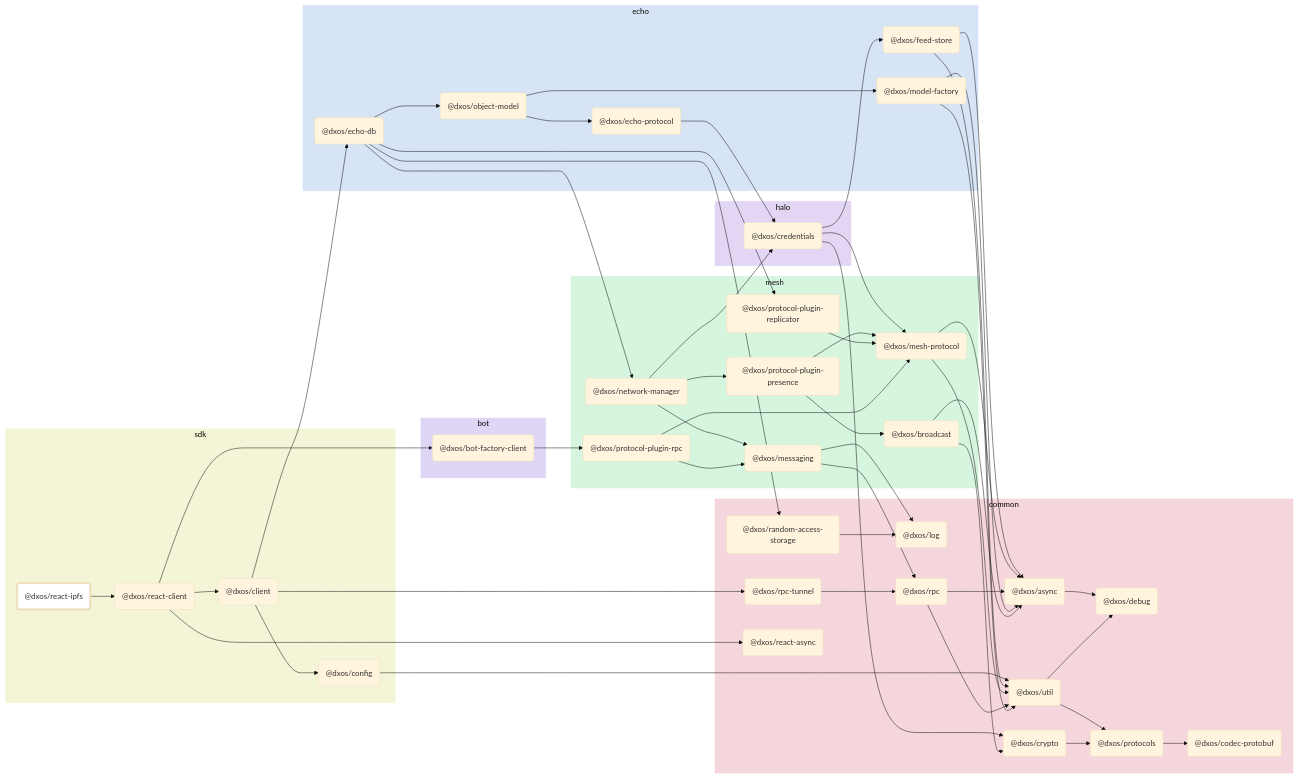
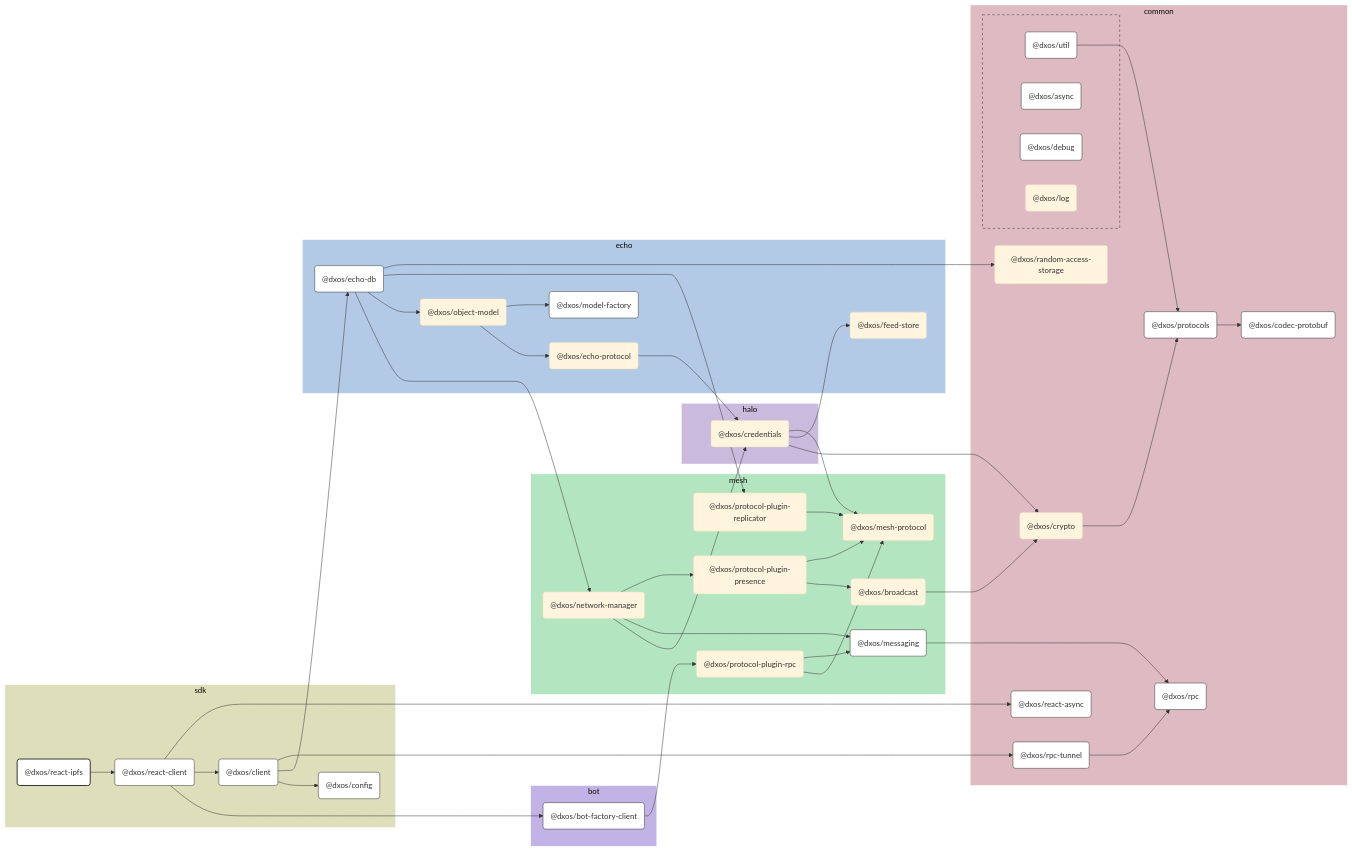
Before and after one commit to dxos/dxos: the diagram in packages/sdk/react-ipfs/docs/README.md, drawn with Mermaid (base theme). The commit also changed 100 other files, not shown here.

````diff
--- a/packages/sdk/react-ipfs/docs/README.md
+++ b/packages/sdk/react-ipfs/docs/README.md
@@ -7,121 +7,145 @@
 ```mermaid
-flowchart LR;
+%%{ init: {'flowchart':{'curve':'basis'}} }%%
 
-style dxos/react-ipfs fill:#fff,stroke-width:4px;
+flowchart LR
 
-click dxos/client "https:/github.com/dxos/dxos/tree/main/packages/sdk/client/docs";
-click dxos/async "https:/github.com/dxos/dxos/tree/main/packages/common/async/docs";
-click dxos/codec-protobuf "https:/github.com/dxos/dxos/tree/main/packages/common/codec-protobuf/docs";
-click dxos/config "https:/github.com/dxos/dxos/tree/main/packages/sdk/config/docs";
-click dxos/debug "https:/github.com/dxos/dxos/tree/main/packages/common/debug/docs";
-click dxos/echo-db "https:/github.com/dxos/dxos/tree/main/packages/echo/echo-db/docs";
-click dxos/model-factory "https:/github.com/dxos/dxos/tree/main/packages/echo/model-factory/docs";
-click dxos/protocols "https:/github.com/dxos/dxos/tree/main/packages/common/protocols/docs";
-click dxos/rpc "https:/github.com/dxos/dxos/tree/main/packages/common/rpc/docs";
-click dxos/rpc-tunnel "https:/github.com/dxos/dxos/tree/main/packages/common/rpc-tunnel/docs";
-click dxos/messaging "https:/github.com/dxos/dxos/tree/main/packages/mesh/messaging/docs";
-click dxos/util "https:/github.com/dxos/dxos/tree/main/packages/common/util/docs";
-click dxos/react-client "https:/github.com/dxos/dxos/tree/main/packages/sdk/react-client/docs";
-click dxos/bot-factory-client "https:/github.com/dxos/dxos/tree/main/packages/bot/bot-factory-client/docs";
-click dxos/react-async "https:/github.com/dxos/dxos/tree/main/packages/common/react-async/docs";
+%% Links
+dxos/bot-factory-client --> dxos/protocol-plugin-rpc;
+dxos/broadcast --> dxos/crypto;
+dxos/client --> dxos/config;
+dxos/client --> dxos/echo-db;
+dxos/client --> dxos/rpc-tunnel;
+dxos/credentials --> dxos/crypto;
+dxos/credentials --> dxos/feed-store;
+dxos/credentials --> dxos/mesh-protocol;
+dxos/crypto --> dxos/protocols;
+dxos/echo-db --> dxos/network-manager;
+dxos/echo-db --> dxos/object-model;
+dxos/echo-db --> dxos/protocol-plugin-replicator;
+dxos/echo-db --> dxos/random-access-storage;
+dxos/echo-protocol --> dxos/credentials;
+dxos/messaging --> dxos/rpc;
+dxos/network-manager --> dxos/credentials;
+dxos/network-manager --> dxos/messaging;
+dxos/network-manager --> dxos/protocol-plugin-presence;
+dxos/object-model --> dxos/echo-protocol;
+dxos/object-model --> dxos/model-factory;
+dxos/protocol-plugin-presence --> dxos/broadcast;
+dxos/protocol-plugin-presence --> dxos/mesh-protocol;
+dxos/protocol-plugin-replicator --> dxos/mesh-protocol;
+dxos/protocol-plugin-rpc --> dxos/mesh-protocol;
+dxos/protocol-plugin-rpc --> dxos/messaging;
+dxos/protocols --> dxos/codec-protobuf;
+dxos/react-client --> dxos/bot-factory-client;
+dxos/react-client --> dxos/client;
+dxos/react-client --> dxos/react-async;
+dxos/react-ipfs --> dxos/react-client;
+dxos/rpc-tunnel --> dxos/rpc;
+dxos/util --> dxos/protocols;
 
+%% Sections
 subgraph sdk
-  style sdk fill:#f4f5d6,stroke:#fff;
-  dxos/react-ipfs("@dxos/react-ipfs");
-  dxos/client("@dxos/client");
-  dxos/config("@dxos/config");
-  dxos/react-client("@dxos/react-client");
+  style sdk fill:#dddeba,stroke:#fff;
+
+  dxos/client("@dxos/client")
+  dxos/config("@dxos/config")
+  dxos/react-client("@dxos/react-client")
+  dxos/react-ipfs("@dxos/react-ipfs")
 end
 
 subgraph common
-  style common fill:#f5d6dd,stroke:#fff;
-  dxos/async("@dxos/async");
-  dxos/debug("@dxos/debug");
-  dxos/codec-protobuf("@dxos/codec-protobuf");
-  dxos/protocols("@dxos/protocols");
-  dxos/util("@dxos/util");
-  dxos/log("@dxos/log");
-  dxos/crypto("@dxos/crypto");
-  dxos/rpc("@dxos/rpc");
-  dxos/random-access-storage("@dxos/random-access-storage");
-  dxos/rpc-tunnel("@dxos/rpc-tunnel");
-  dxos/react-async("@dxos/react-async");
+  style common fill:#debac2,stroke:#fff;
+
+  dxos/codec-protobuf("@dxos/codec-protobuf")
+  dxos/crypto("@dxos/crypto")
+  dxos/protocols("@dxos/protocols")
+  dxos/random-access-storage("@dxos/random-access-storage")
+  dxos/react-async("@dxos/react-async")
+  dxos/rpc("@dxos/rpc")
+  dxos/rpc-tunnel("@dxos/rpc-tunnel")
+
+  subgraph common-excluded [ ]
+    style common-excluded fill:#debac2,stroke:#333,stroke-dasharray:5 5;
+
+    dxos/async("@dxos/async")
+    dxos/debug("@dxos/debug")
+    dxos/log("@dxos/log")
+    dxos/util("@dxos/util")
+  end
 end
 
 subgraph echo
-  style echo fill:#d6e4f5,stroke:#fff;
-  dxos/echo-db("@dxos/echo-db");
-  dxos/feed-store("@dxos/feed-store");
-  dxos/echo-protocol("@dxos/echo-protocol");
-  dxos/model-factory("@dxos/model-factory");
-  dxos/object-model("@dxos/object-model");
+  style echo fill:#b3cae6,stroke:#fff;
+
+  dxos/echo-db("@dxos/echo-db")
+  dxos/echo-protocol("@dxos/echo-protocol")
+  dxos/feed-store("@dxos/feed-store")
+  dxos/model-factory("@dxos/model-factory")
+  dxos/object-model("@dxos/object-model")
 end
 
 subgraph halo
-  style halo fill:#e3d6f5,stroke:#fff;
-  dxos/credentials("@dxos/credentials");
+  style halo fill:#cabade,stroke:#fff;
+
+  dxos/credentials("@dxos/credentials")
 end
 
 subgraph mesh
-  style mesh fill:#d6f5de,stroke:#fff;
-  dxos/mesh-protocol("@dxos/mesh-protocol");
-  dxos/messaging("@dxos/messaging");
-  dxos/network-manager("@dxos/network-manager");
-  dxos/protocol-plugin-presence("@dxos/protocol-plugin-presence");
-  dxos/broadcast("@dxos/broadcast");
-  dxos/protocol-plugin-replicator("@dxos/protocol-plugin-replicator");
-  dxos/protocol-plugin-rpc("@dxos/protocol-plugin-rpc");
+  style mesh fill:#b3e6c0,stroke:#fff;
+
+  dxos/broadcast("@dxos/broadcast")
+  dxos/mesh-protocol("@dxos/mesh-protocol")
+  dxos/messaging("@dxos/messaging")
+  dxos/network-manager("@dxos/network-manager")
+  dxos/protocol-plugin-presence("@dxos/protocol-plugin-presence")
+  dxos/protocol-plugin-replicator("@dxos/protocol-plugin-replicator")
+  dxos/protocol-plugin-rpc("@dxos/protocol-plugin-rpc")
 end
 
 subgraph bot
-  style bot fill:#dfd6f5,stroke:#fff;
-  dxos/bot-factory-client("@dxos/bot-factory-client");
+  style bot fill:#c2b3e6,stroke:#fff;
+
+  dxos/bot-factory-client("@dxos/bot-factory-client")
 end
 
-dxos/async --> dxos/debug;
-dxos/client --> dxos/config;
-dxos/protocols --> dxos/codec-protobuf;
-dxos/config --> dxos/util;
-dxos/util --> dxos/debug;
-dxos/util --> dxos/protocols;
-dxos/client --> dxos/echo-db;
-dxos/credentials --> dxos/crypto;
-dxos/crypto --> dxos/protocols;
-dxos/credentials --> dxos/feed-store;
-dxos/feed-store --> dxos/async;
-dxos/feed-store --> dxos/util;
-dxos/credentials --> dxos/mesh-protocol;
-dxos/mesh-protocol --> dxos/async;
-dxos/mesh-protocol --> dxos/util;
-dxos/echo-protocol --> dxos/credentials;
-dxos/messaging --> dxos/log;
-dxos/messaging --> dxos/rpc;
-dxos/rpc --> dxos/async;
-dxos/rpc --> dxos/util;
-dxos/model-factory --> dxos/async;
-dxos/model-factory --> dxos/util;
-dxos/echo-db --> dxos/network-manager;
-dxos/network-manager --> dxos/credentials;
-dxos/network-manager --> dxos/messaging;
-dxos/network-manager --> dxos/protocol-plugin-presence;
-dxos/protocol-plugin-presence --> dxos/broadcast;
-dxos/broadcast --> dxos/async;
-dxos/broadcast --> dxos/crypto;
-dxos/protocol-plugin-presence --> dxos/mesh-protocol;
-dxos/echo-db --> dxos/object-model;
-dxos/object-model --> dxos/echo-protocol;
-dxos/object-model --> dxos/model-factory;
-dxos/echo-db --> dxos/protocol-plugin-replicator;
-dxos/protocol-plugin-replicator --> dxos/mesh-protocol;
-dxos/echo-db --> dxos/random-access-storage;
-dxos/random-access-storage --> dxos/log;
-dxos/client --> dxos/rpc-tunnel;
-dxos/rpc-tunnel --> dxos/rpc;
-dxos/react-ipfs --> dxos/react-client;
-dxos/react-client --> dxos/bot-factory-client;
-dxos/bot-factory-client --> dxos/protocol-plugin-rpc;
-dxos/protocol-plugin-rpc --> dxos/messaging;
-dxos/protocol-plugin-rpc --> dxos/mesh-protocol;
-dxos/react-client --> dxos/client;
-dxos/react-client --> dxos/react-async;
+
+%% Hyperlinks
+click dxos/async href "https:/github.com/dxos/dxos/tree/main/packages/common/async/docs";
+click dxos/bot-factory-client href "https:/github.com/dxos/dxos/tree/main/packages/bot/bot-factory-client/docs";
+click dxos/client href "https:/github.com/dxos/dxos/tree/main/packages/sdk/client/docs";
+click dxos/codec-protobuf href "https:/github.com/dxos/dxos/tree/main/packages/common/codec-protobuf/docs";
+click dxos/config href "https:/github.com/dxos/dxos/tree/main/packages/sdk/config/docs";
+click dxos/debug href "https:/github.com/dxos/dxos/tree/main/packages/common/debug/docs";
+click dxos/echo-db href "https:/github.com/dxos/dxos/tree/main/packages/echo/echo-db/docs";
+click dxos/messaging href "https:/github.com/dxos/dxos/tree/main/packages/mesh/messaging/docs";
+click dxos/model-factory href "https:/github.com/dxos/dxos/tree/main/packages/echo/model-factory/docs";
+click dxos/protocols href "https:/github.com/dxos/dxos/tree/main/packages/common/protocols/docs";
+click dxos/react-async href "https:/github.com/dxos/dxos/tree/main/packages/common/react-async/docs";
+click dxos/react-client href "https:/github.com/dxos/dxos/tree/main/packages/sdk/react-client/docs";
+click dxos/rpc href "https:/github.com/dxos/dxos/tree/main/packages/common/rpc/docs";
+click dxos/rpc-tunnel href "https:/github.com/dxos/dxos/tree/main/packages/common/rpc-tunnel/docs";
+click dxos/util href "https:/github.com/dxos/dxos/tree/main/packages/common/util/docs";
+
+%% Styles
+classDef rootNode fill:#fff,stroke:#333,stroke-width:2px
+classDef defaultNode fill:#fff,stroke:#333,stroke-width:1px
+linkStyle default stroke:#333,stroke-width:1px
+
+dxos/react-ipfs:::rootNode
+
+dxos/async:::defaultNode
+dxos/bot-factory-client:::defaultNode
+dxos/client:::defaultNode
+dxos/codec-protobuf:::defaultNode
+dxos/config:::defaultNode
+dxos/debug:::defaultNode
+dxos/echo-db:::defaultNode
+dxos/messaging:::defaultNode
+dxos/model-factory:::defaultNode
+dxos/protocols:::defaultNode
+dxos/react-async:::defaultNode
+dxos/react-client:::defaultNode
+dxos/rpc:::defaultNode
+dxos/rpc-tunnel:::defaultNode
+dxos/util:::defaultNode
 ```
````
